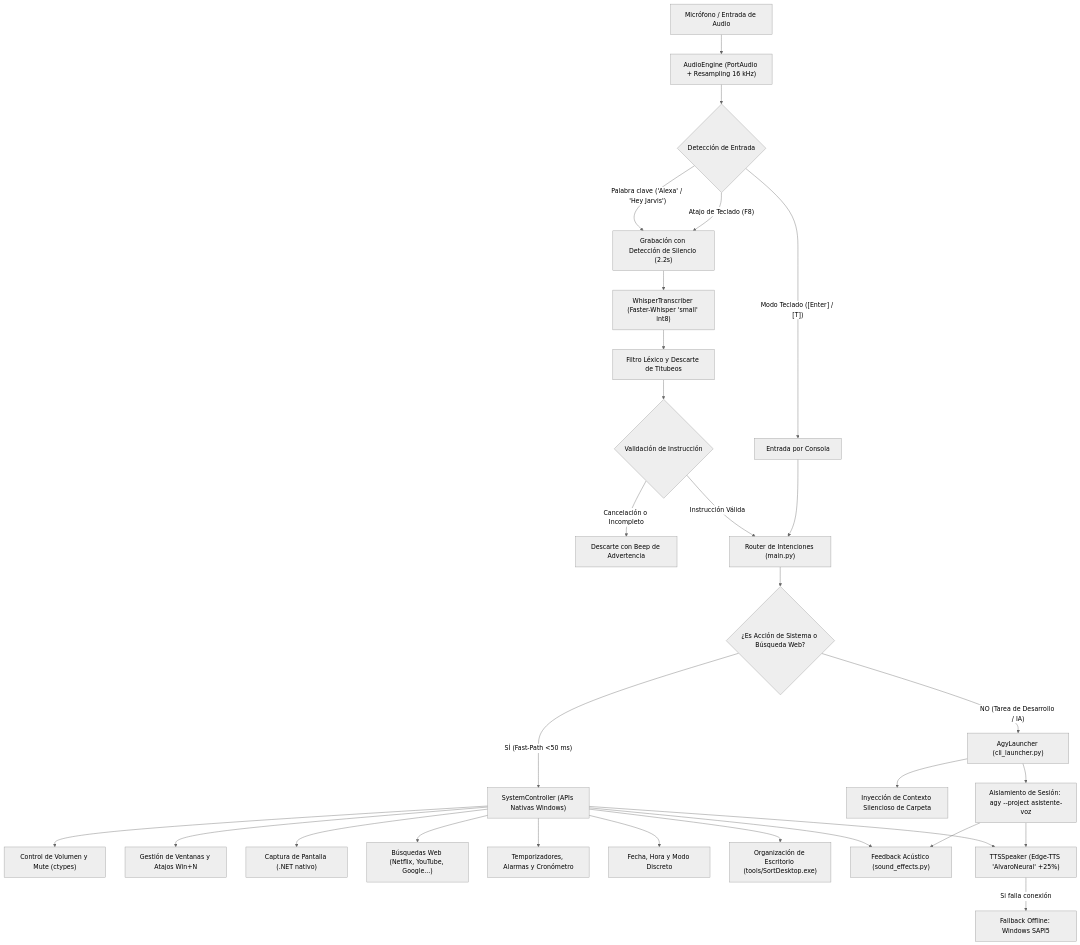
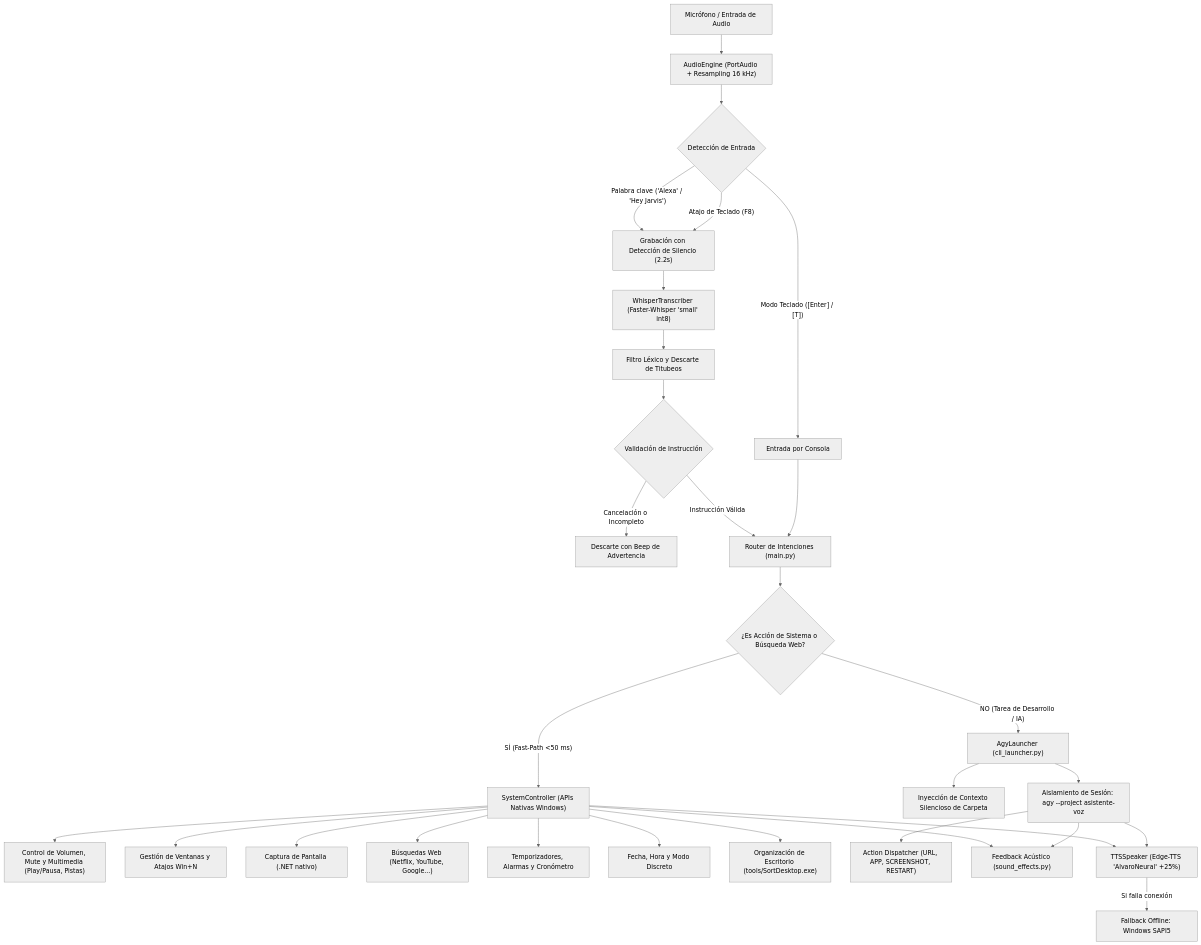
The diagram in README.md (Ale6100/Asistente-vivecodeado), drawn with Mermaid (neutral theme) before and after one commit. The commit also changed other lines of this file and 4 other files, not shown here.

Commit message:
feat: Implement automatic assistant restart and enhance action handling in CLI launcher

````diff
--- a/README.md
+++ b/README.md
@@ -13,37 +13,38 @@
 ```mermaid
 flowchart TD
     A["Micrófono / Entrada de Audio"] --> B["AudioEngine (PortAudio + Resampling 16 kHz)"]
     B --> C{"Detección de Entrada"}
     C -->|"Palabra clave ('Alexa' / 'Hey Jarvis')"| D["Grabación con Detección de Silencio (2.2s)"]
     C -->|"Atajo de Teclado (F8)"| D
     C -->|"Modo Teclado ([Enter] / [T])"| E["Entrada por Consola"]
 
     D --> F["WhisperTranscriber (Faster-Whisper 'small' int8)"]
     F --> G["Filtro Léxico y Descarte de Titubeos"]
     G --> H{"Validación de Instrucción"}
     H -->|"Cancelación o Incompleto"| I["Descarte con Beep de Advertencia"]
     H -->|"Instrucción Válida"| J["Router de Intenciones (main.py)"]
     E --> J
 
     J --> K{"¿Es Acción de Sistema o Búsqueda Web?"}
     
     K -->|"SÍ (Fast-Path <50 ms)"| L["SystemController (APIs Nativas Windows)"]
-    L --> L1["Control de Volumen y Mute (ctypes)"]
+    L --> L1["Control de Volumen, Mute y Multimedia (Play/Pausa, Pistas)"]
     L --> L2["Gestión de Ventanas y Atajos Win+N"]
     L --> L3["Captura de Pantalla (.NET nativo)"]
     L --> L4["Búsquedas Web (Netflix, YouTube, Google...)"]
     L --> L5["Temporizadores, Alarmas y Cronómetro"]
     L --> L6["Fecha, Hora y Modo Discreto"]
     L --> L7["Organización de Escritorio (tools/SortDesktop.exe)"]
     
     K -->|"NO (Tarea de Desarrollo / IA)"| M["AgyLauncher (cli_launcher.py)"]
     M --> N["Inyección de Contexto Silencioso de Carpeta"]
     O["Aislamiento de Sesión: agy --project asistente-voz"]
     M --> O
+    O --> S["Action Dispatcher (URL, APP, SCREENSHOT, RESTART)"]
 
     L --> P["Feedback Acústico (sound_effects.py)"]
     O --> P
     L --> Q["TTSSpeaker (Edge-TTS 'AlvaroNeural' +25%)"]
     O --> Q
     Q -->|"Si falla conexión"| R["Fallback Offline: Windows SAPI5"]
 ```
````
